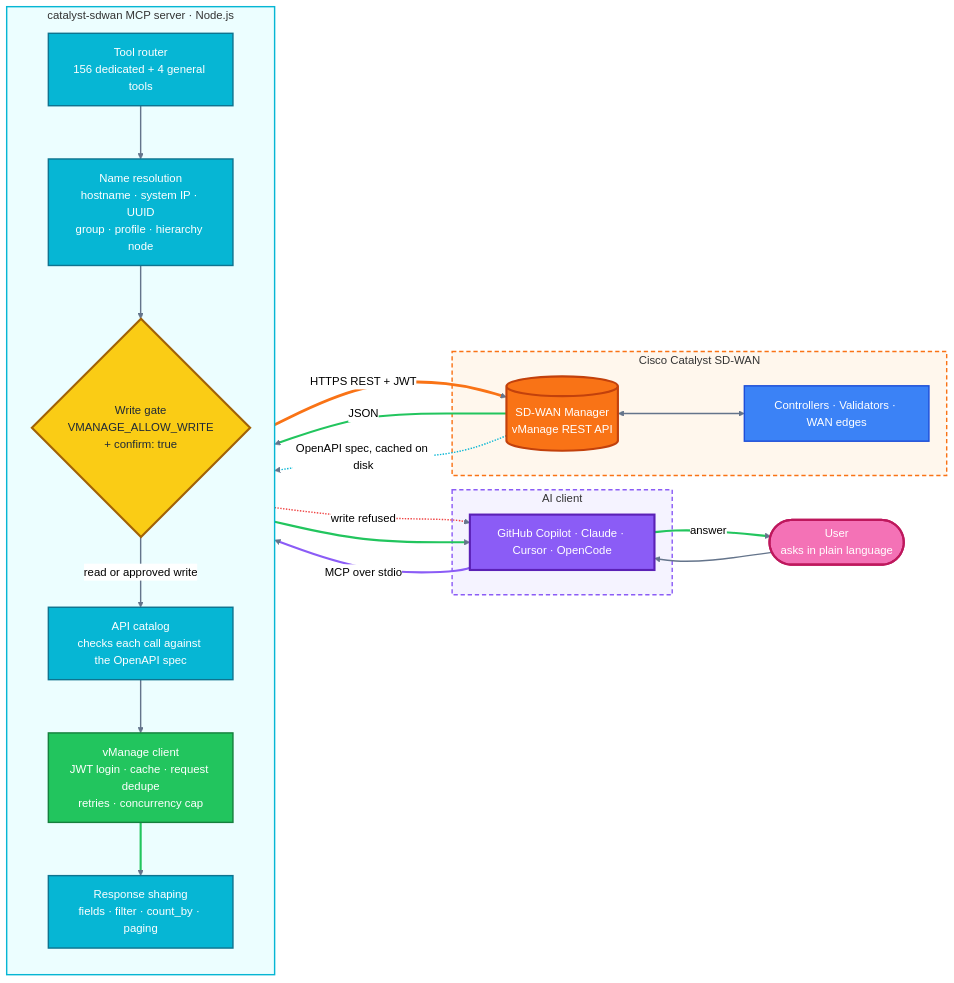
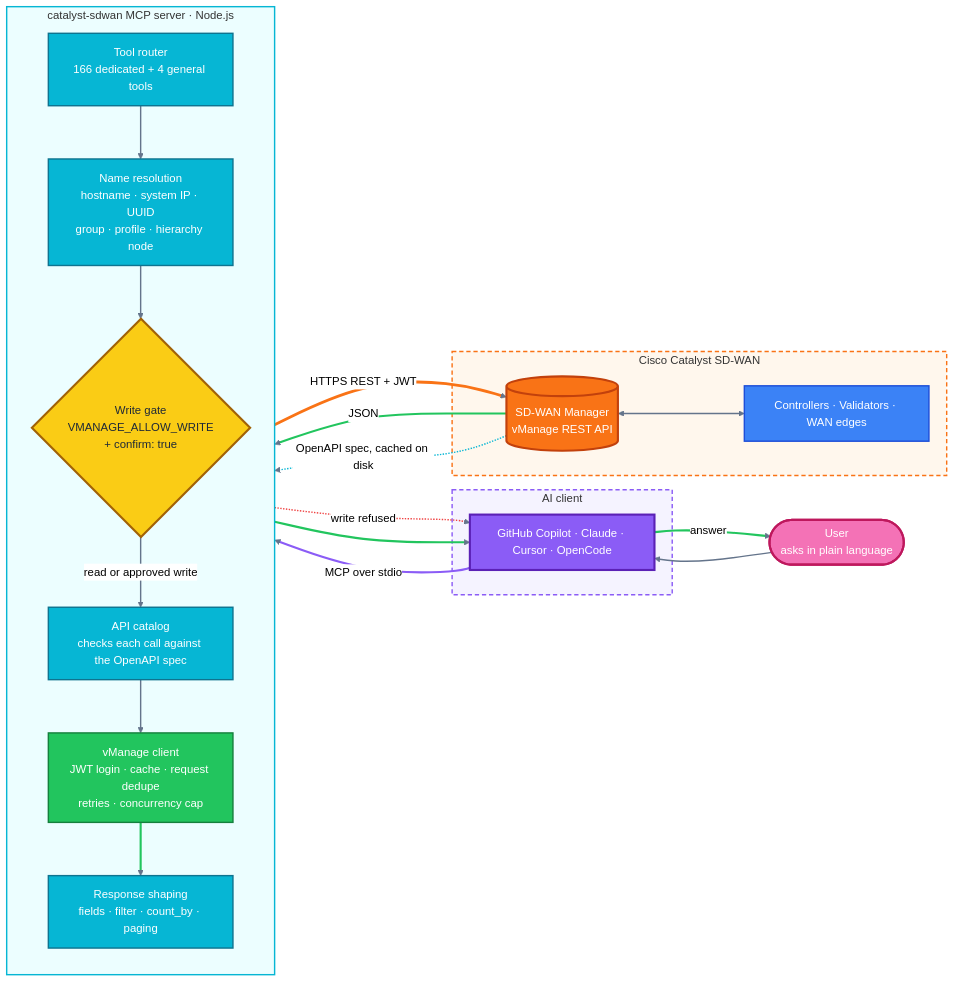
The diagram in README.md (waqasdaar/cisco-catalyst-sdwan-mcp), drawn with Mermaid (neutral theme) before and after one commit. The commit also changed other lines of this file and 9 other files, not shown here.

````diff
--- a/README.md
+++ b/README.md
@@ -34,61 +35,61 @@
 ```mermaid
 flowchart LR
   U(["User<br/>asks in plain language"])
 
   subgraph CLIENT["AI client"]
     A["GitHub Copilot · Claude · Cursor · OpenCode"]
   end
 
   subgraph MCP["catalyst-sdwan MCP server · Node.js"]
     direction TB
-    T["Tool router<br/>156 dedicated + 4 general tools"]
+    T["Tool router<br/>166 dedicated + 4 general tools"]
     R["Name resolution<br/>hostname · system IP · UUID<br/>group · profile · hierarchy node"]
     G{"Write gate<br/>VMANAGE_ALLOW_WRITE<br/>+ confirm: true"}
     C["API catalog<br/>checks each call against the OpenAPI spec"]
     V["vManage client<br/>JWT login · cache · request dedupe<br/>retries · concurrency cap"]
     S["Response shaping<br/>fields · filter · count_by · paging"]
   end
 
   subgraph SDWAN["Cisco Catalyst SD-WAN"]
     M[("SD-WAN Manager<br/>vManage REST API")]
     D["Controllers · Validators · WAN edges"]
   end
 
   U --> A
   A -- "MCP over stdio" --> T
   T --> R --> G
   G -- "read or approved write" --> C --> V
   G -. "write refused" .-> A
   V == "HTTPS REST + JWT" ==> M
   M <--> D
   M -- "JSON" --> V --> S --> A
   A -- "answer" --> U
   M -. "OpenAPI spec, cached on disk" .-> C
 
   classDef user fill:#f472b6,stroke:#be185d,stroke-width:3px,color:#fff
   classDef client fill:#8b5cf6,stroke:#5b21b6,stroke-width:3px,color:#fff
   classDef core fill:#06b6d4,stroke:#0e7490,stroke-width:2px,color:#fff
   classDef gate fill:#facc15,stroke:#a16207,stroke-width:3px,color:#1f2937
   classDef net fill:#22c55e,stroke:#15803d,stroke-width:2px,color:#fff
   classDef mgr fill:#f97316,stroke:#c2410c,stroke-width:3px,color:#fff
   classDef dev fill:#3b82f6,stroke:#1d4ed8,stroke-width:2px,color:#fff
 
   class U user
   class A client
   class T,R,C,S core
   class G gate
   class V net
   class M mgr
   class D dev
 
   style CLIENT fill:#f5f3ff,stroke:#8b5cf6,stroke-width:2px,stroke-dasharray:6 4
   style MCP fill:#ecfeff,stroke:#06b6d4,stroke-width:2px
   style SDWAN fill:#fff7ed,stroke:#f97316,stroke-width:2px,stroke-dasharray:6 4
 
   linkStyle default stroke:#64748b,stroke-width:2px
   linkStyle 1 stroke:#8b5cf6,stroke-width:3px
   linkStyle 6 stroke:#ef4444,stroke-width:2px
   linkStyle 7 stroke:#f97316,stroke-width:4px
   linkStyle 9,10,11,12 stroke:#22c55e,stroke-width:3px
   linkStyle 13 stroke:#06b6d4,stroke-width:2px
 ```
````
